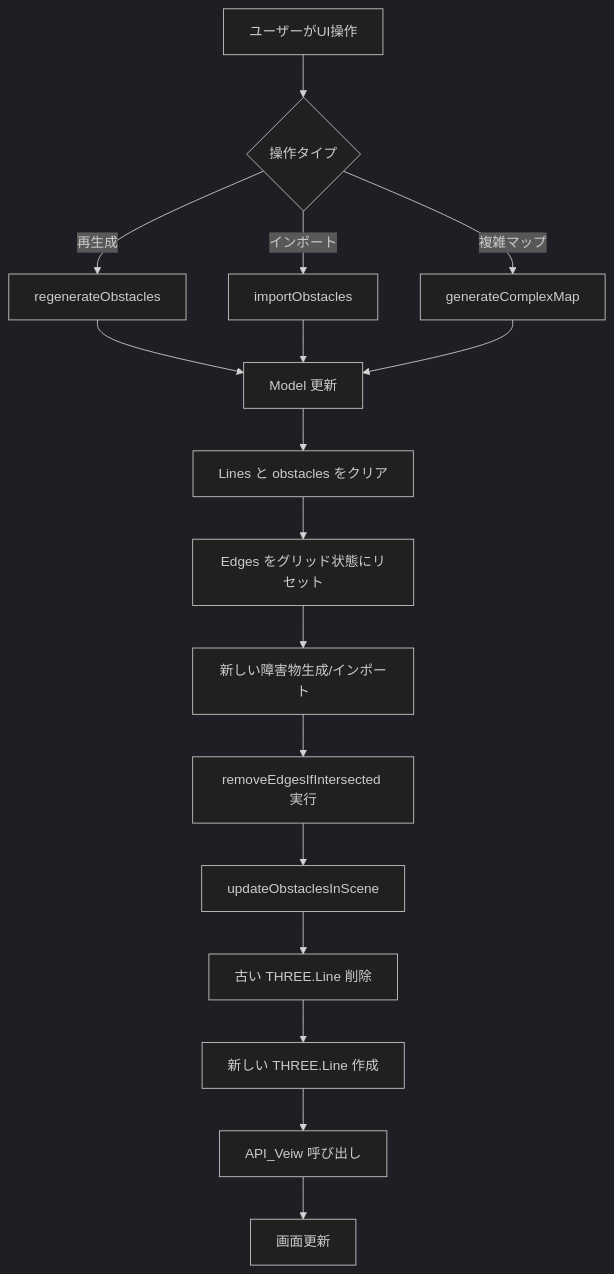
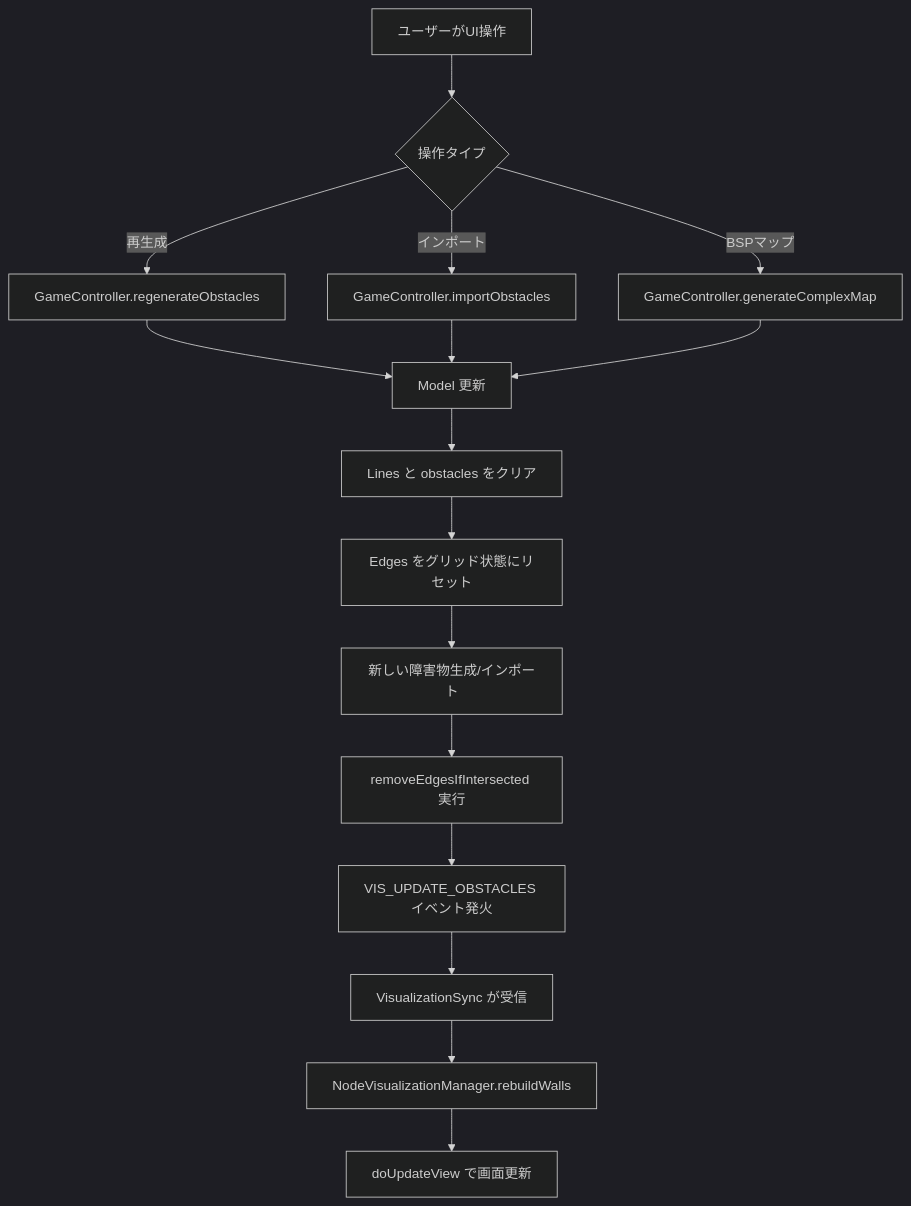
One commit to tamari-moto/2dFps changed the fifth of 5 diagrams in document/DATA_FLOW.md. Above: the diagram before and after it, drawn with Mermaid (dark theme). The commit also changed other lines of this file and 2 other files, not shown here.

````diff
--- a/document/DATA_FLOW.md
+++ b/document/DATA_FLOW.md
@@ -295,19 +323,18 @@
 ```mermaid
 graph TD
     A[ユーザーがUI操作] --> B{操作タイプ}
-    B -->|再生成| C[regenerateObstacles]
-    B -->|インポート| D[importObstacles]
-    B -->|複雑マップ| E[generateComplexMap]
+    B -->|再生成| C[GameController.regenerateObstacles]
+    B -->|インポート| D[GameController.importObstacles]
+    B -->|BSPマップ| E[GameController.generateComplexMap]
     C --> F[Model 更新]
     D --> F
     E --> F
     F --> G[Lines と obstacles をクリア]
     G --> H[Edges をグリッド状態にリセット]
     H --> I[新しい障害物生成/インポート]
     I --> J[removeEdgesIfIntersected 実行]
-    J --> K[updateObstaclesInScene]
-    K --> L[古い THREE.Line 削除]
-    L --> M[新しい THREE.Line 作成]
-    M --> N[API_Veiw 呼び出し]
-    N --> O[画面更新]
+    J --> K[VIS_UPDATE_OBSTACLES イベント発火]
+    K --> L[VisualizationSync が受信]
+    L --> M[NodeVisualizationManager.rebuildWalls]
+    M --> N[doUpdateView で画面更新]
 ```
````
